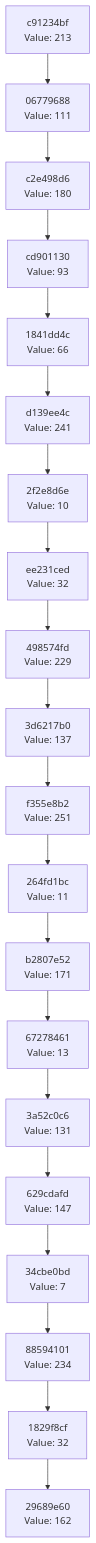
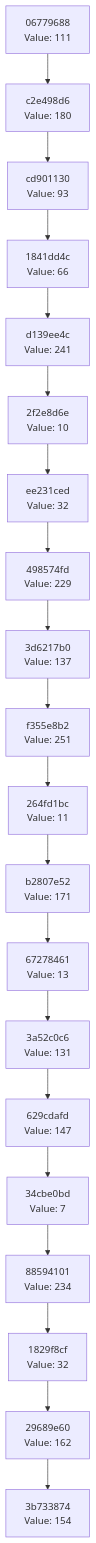
Before and after one commit to Abhisheksinha1506/hash-chain-evolver: the diagram in docs/CHAIN_VISUALIZATION.md, drawn with Mermaid. The commit also changed 3 other files, not shown here.

````diff
--- a/docs/CHAIN_VISUALIZATION.md
+++ b/docs/CHAIN_VISUALIZATION.md
@@ -3,42 +3,42 @@
 ```mermaid
 graph TD
-    C0["29689e60<br/>Value: 162"]
-    C1["1829f8cf<br/>Value: 32"]
+    C0["3b733874<br/>Value: 154"]
+    C1["29689e60<br/>Value: 162"]
     C1 --> C0
-    C2["88594101<br/>Value: 234"]
+    C2["1829f8cf<br/>Value: 32"]
     C2 --> C1
-    C3["34cbe0bd<br/>Value: 7"]
+    C3["88594101<br/>Value: 234"]
     C3 --> C2
-    C4["629cdafd<br/>Value: 147"]
+    C4["34cbe0bd<br/>Value: 7"]
     C4 --> C3
-    C5["3a52c0c6<br/>Value: 131"]
+    C5["629cdafd<br/>Value: 147"]
     C5 --> C4
-    C6["67278461<br/>Value: 13"]
+    C6["3a52c0c6<br/>Value: 131"]
     C6 --> C5
-    C7["b2807e52<br/>Value: 171"]
+    C7["67278461<br/>Value: 13"]
     C7 --> C6
-    C8["264fd1bc<br/>Value: 11"]
+    C8["b2807e52<br/>Value: 171"]
     C8 --> C7
-    C9["f355e8b2<br/>Value: 251"]
+    C9["264fd1bc<br/>Value: 11"]
     C9 --> C8
-    C10["3d6217b0<br/>Value: 137"]
+    C10["f355e8b2<br/>Value: 251"]
     C10 --> C9
-    C11["498574fd<br/>Value: 229"]
+    C11["3d6217b0<br/>Value: 137"]
     C11 --> C10
-    C12["ee231ced<br/>Value: 32"]
+    C12["498574fd<br/>Value: 229"]
     C12 --> C11
-    C13["2f2e8d6e<br/>Value: 10"]
+    C13["ee231ced<br/>Value: 32"]
     C13 --> C12
-    C14["d139ee4c<br/>Value: 241"]
+    C14["2f2e8d6e<br/>Value: 10"]
     C14 --> C13
-    C15["1841dd4c<br/>Value: 66"]
+    C15["d139ee4c<br/>Value: 241"]
     C15 --> C14
-    C16["cd901130<br/>Value: 93"]
+    C16["1841dd4c<br/>Value: 66"]
     C16 --> C15
-    C17["c2e498d6<br/>Value: 180"]
+    C17["cd901130<br/>Value: 93"]
     C17 --> C16
-    C18["06779688<br/>Value: 111"]
+    C18["c2e498d6<br/>Value: 180"]
     C18 --> C17
-    C19["c91234bf<br/>Value: 213"]
+    C19["06779688<br/>Value: 111"]
     C19 --> C18
 ```
````
